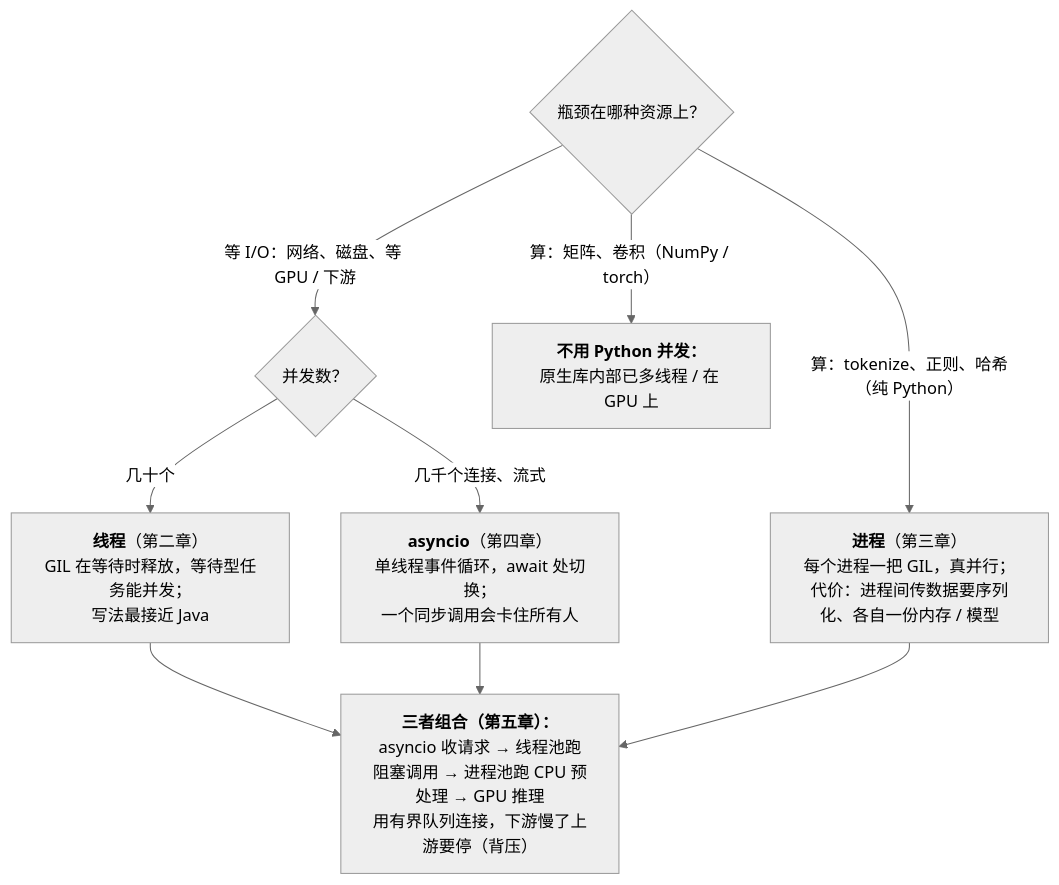
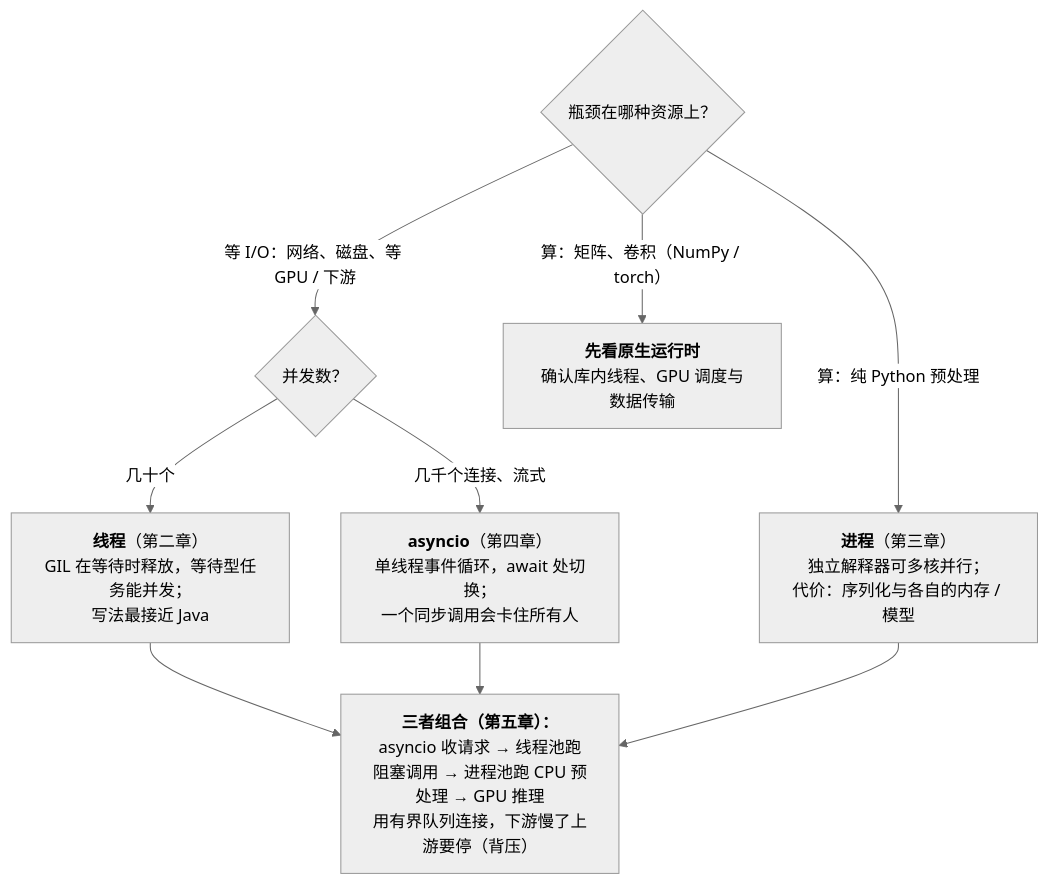
One commit to arganzheng/arganzheng.github.com changed the first of 4 diagrams in _posts/2026-01-26-python-concurrency-asynchrony-and-task-collaboration.md. Above: the diagram before and after it, drawn with Mermaid (neutral theme). The commit also changed other lines of this file and 1 other file, not shown here.

First line of the commit message:
docs(python): 完善并发与内存篇的机制图和运行时边界

````diff
--- a/_posts/2026-01-26-python-concurrency-asynchrony-and-task-collaboration.md
+++ b/_posts/2026-01-26-python-concurrency-asynchrony-and-task-collaboration.md
@@ -19,12 +19,12 @@
 ```mermaid
+%% 图：并发模型的选择：按瓶颈在哪种资源上选线程 / 进程 / asyncio，再用有界队列组合
 %%{init: {"flowchart": {"wrappingWidth": 210}}}%%
-%% 图：并发模型的选择：按瓶颈在哪种资源上选线程 / 进程 / asyncio，再用有界队列组合
 flowchart TB
     Q{"瓶颈在哪种资源上？"} -- "等 I/O：网络、磁盘、等 GPU / 下游" --> IO{"并发数？"}
     IO -- "几十个" --> TH["<b>线程</b>（第二章）<br/>GIL 在等待时释放，等待型任务能并发；<br/>写法最接近 Java"]
     IO -- "几千个连接、流式" --> AS["<b>asyncio</b>（第四章）<br/>单线程事件循环，await 处切换；<br/>一个同步调用会卡住所有人"]
-    Q -- "算：tokenize、正则、哈希（纯 Python）" --> PR["<b>进程</b>（第三章）<br/>每个进程一把 GIL，真并行；<br/>代价：进程间传数据要序列化、各自一份内存 / 模型"]
-    Q -- "算：矩阵、卷积（NumPy / torch）" --> NAT["<b>不用 Python 并发：</b><br/>原生库内部已多线程 / 在 GPU 上"]
+    Q -- "算：纯 Python 预处理" --> PR["<b>进程</b>（第三章）<br/>独立解释器可多核并行；<br/>代价：序列化与各自的内存 / 模型"]
+    Q -- "算：矩阵、卷积（NumPy / torch）" --> NAT["<b>先看原生运行时</b><br/>确认库内线程、GPU 调度与数据传输"]
     TH & AS & PR --> C["<b>三者组合（第五章）：</b><br/>asyncio 收请求 → 线程池跑阻塞调用 → 进程池跑 CPU 预处理 → GPU 推理<br/>用有界队列连接，下游慢了上游要停（背压）"]
 
 ```
````
